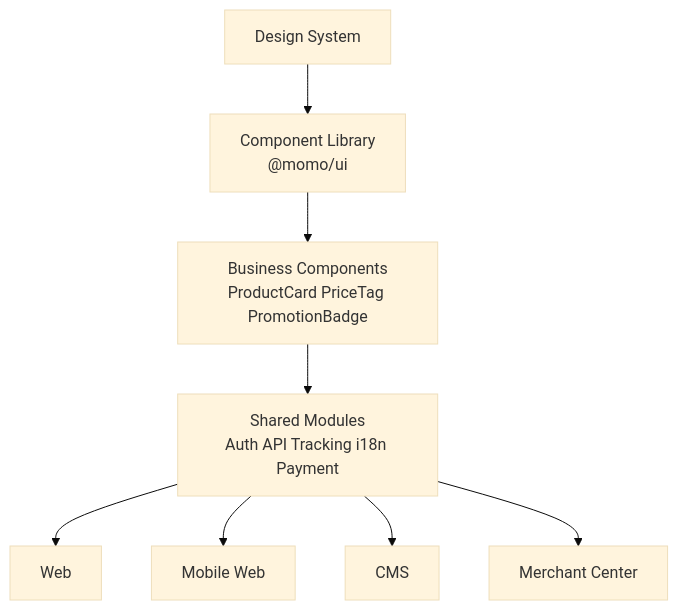
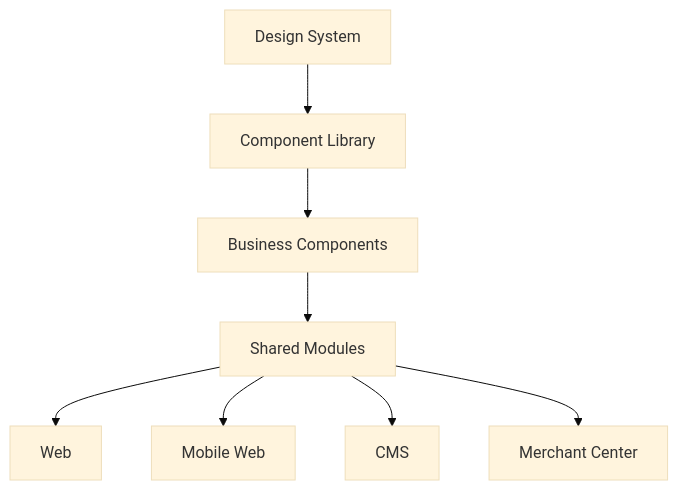
Before and after one commit to ShackArbeit/Momo_Interview: the first of 7 diagrams in share_module.md, drawn with Mermaid (base theme). The commit also changed other lines of this file, not shown here.

````diff
--- a/share_module.md
+++ b/share_module.md
@@ -5,17 +5,17 @@
 ```mermaid
 flowchart TD
 
-DS[Design System]
-CL[Component Library<br/>@momo/ui]
-BC[Business Components<br/>ProductCard PriceTag PromotionBadge]
-SM[Shared Modules<br/>Auth API Tracking i18n Payment]
+DS["Design System"]
+CL["Component Library"]
+BC["Business Components"]
+SM["Shared Modules"]
 
 DS --> CL
 CL --> BC
 BC --> SM
 
-SM --> WEB[Web]
-SM --> MWEB[Mobile Web]
-SM --> CMS[CMS]
-SM --> MERCHANT[Merchant Center]
+SM --> WEB["Web"]
+SM --> MWEB["Mobile Web"]
+SM --> CMS["CMS"]
+SM --> MERCHANT["Merchant Center"]
 ```
````
